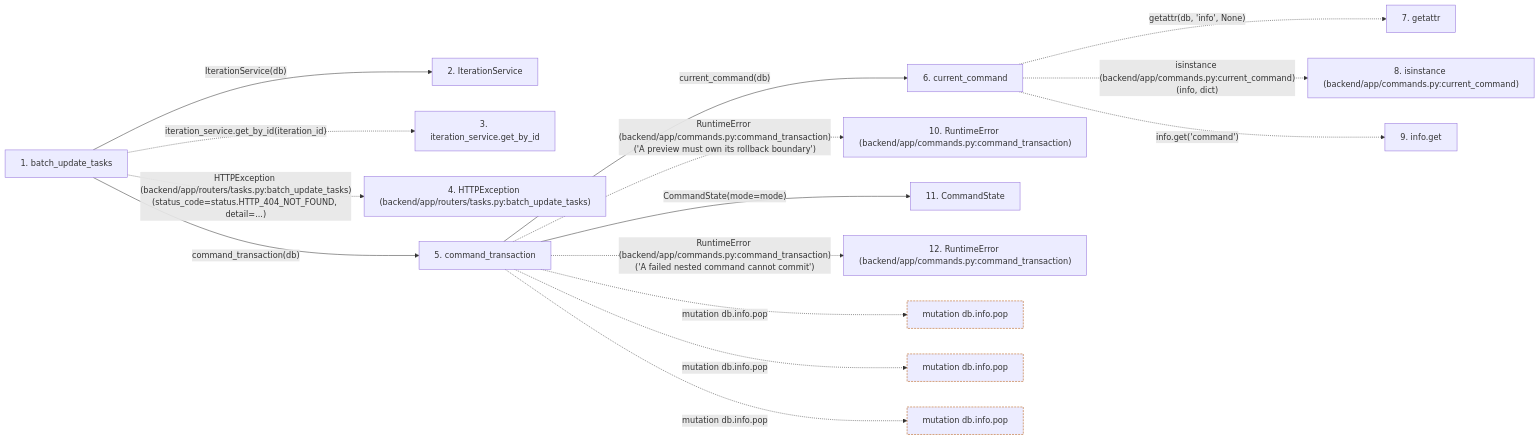
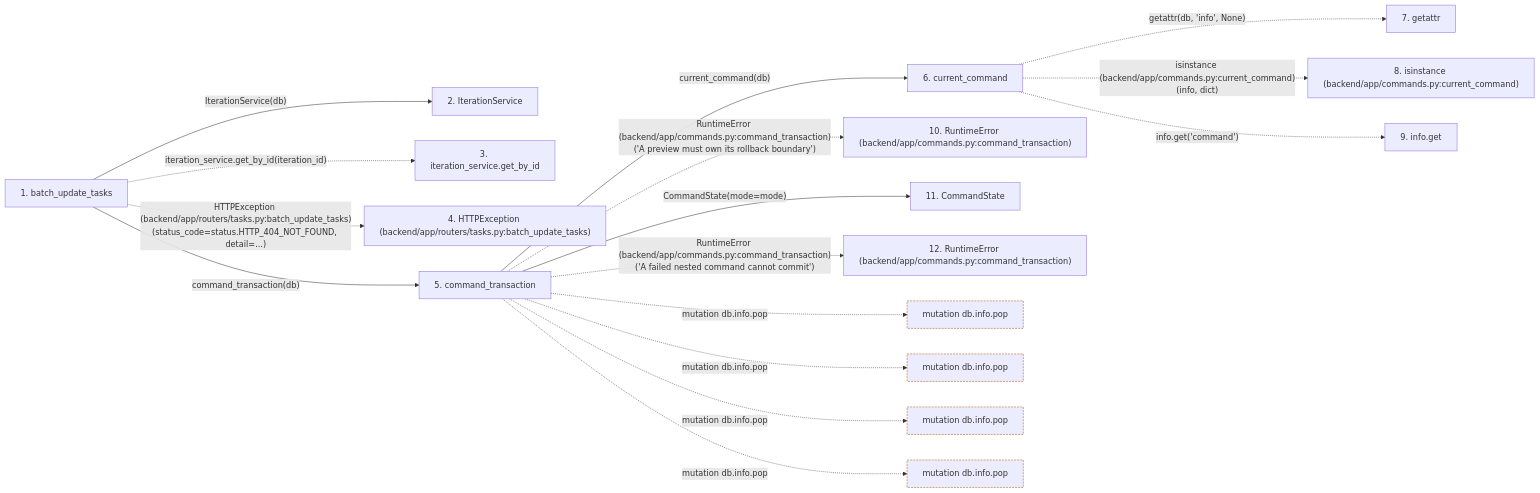
The second of 2 diagrams in docs/llm_wiki/flows/http-batch_update_tasks.md (Denissvgn/WorkChord), drawn with Mermaid before and after one commit. The commit also changed other lines of this file and 2344 other files, not shown here.

````diff
--- a/docs/llm_wiki/flows/http-batch_update_tasks.md
+++ b/docs/llm_wiki/flows/http-batch_update_tasks.md
@@ -85,41 +84,44 @@
 ```mermaid
 flowchart LR
     s1["1. batch_update_tasks"]
     s2["2. IterationService"]
     s3["3. iteration_service.get_by_id"]
     s4["4. HTTPException (backend/app/routers/tasks.py:batch_update_tasks)"]
     s5["5. command_transaction"]
     s6["6. current_command"]
     s7["7. getattr"]
     s8["8. isinstance (backend/app/commands.py:current_command)"]
     s9["9. info.get"]
     s10["10. RuntimeError (backend/app/commands.py:command_transaction)"]
     s11["11. CommandState"]
     s12["12. RuntimeError (backend/app/commands.py:command_transaction)"]
     s1 -->|"IterationService(db)"| s2
     s1 -. "iteration_service.get_by_id(iteration_id)" .-> s3
     s1 -. "HTTPException (backend/app/routers/tasks.py:batch_update_tasks)(status_code=status.HTTP_404_NOT_FOUND, detail=...)" .-> s4
     s1 -->|"command_transaction(db)"| s5
     s5 -->|"current_command(db)"| s6
     s6 -. "getattr(db, 'info', None)" .-> s7
     s6 -. "isinstance (backend/app/commands.py:current_command)(info, dict)" .-> s8
     s6 -. "info.get('command')" .-> s9
     s5 -. "RuntimeError (backend/app/commands.py:command_transaction)('A preview must own its rollback boundary')" .-> s10
     s5 -->|"CommandState(mode=mode)"| s11
     s5 -. "RuntimeError (backend/app/commands.py:command_transaction)('A failed nested command cannot commit')" .-> s12
     b0["mutation db.info.pop"]
     s5 -. "mutation db.info.pop" .-> b0
     b1["mutation db.info.pop"]
     s5 -. "mutation db.info.pop" .-> b1
     b2["mutation db.info.pop"]
     s5 -. "mutation db.info.pop" .-> b2
+    b3["mutation db.info.pop"]
+    s5 -. "mutation db.info.pop" .-> b3
     click s1 "../modules/tasks.md"
     click s2 "../modules/iteration_service.md"
     click s5 "../modules/commands.md"
     click s6 "../modules/commands.md"
     click s11 "../modules/commands.md"
     classDef boundary stroke:#b45309,stroke-dasharray: 4 2
     class b0 boundary
     class b1 boundary
     class b2 boundary
+    class b3 boundary
 ```
````
